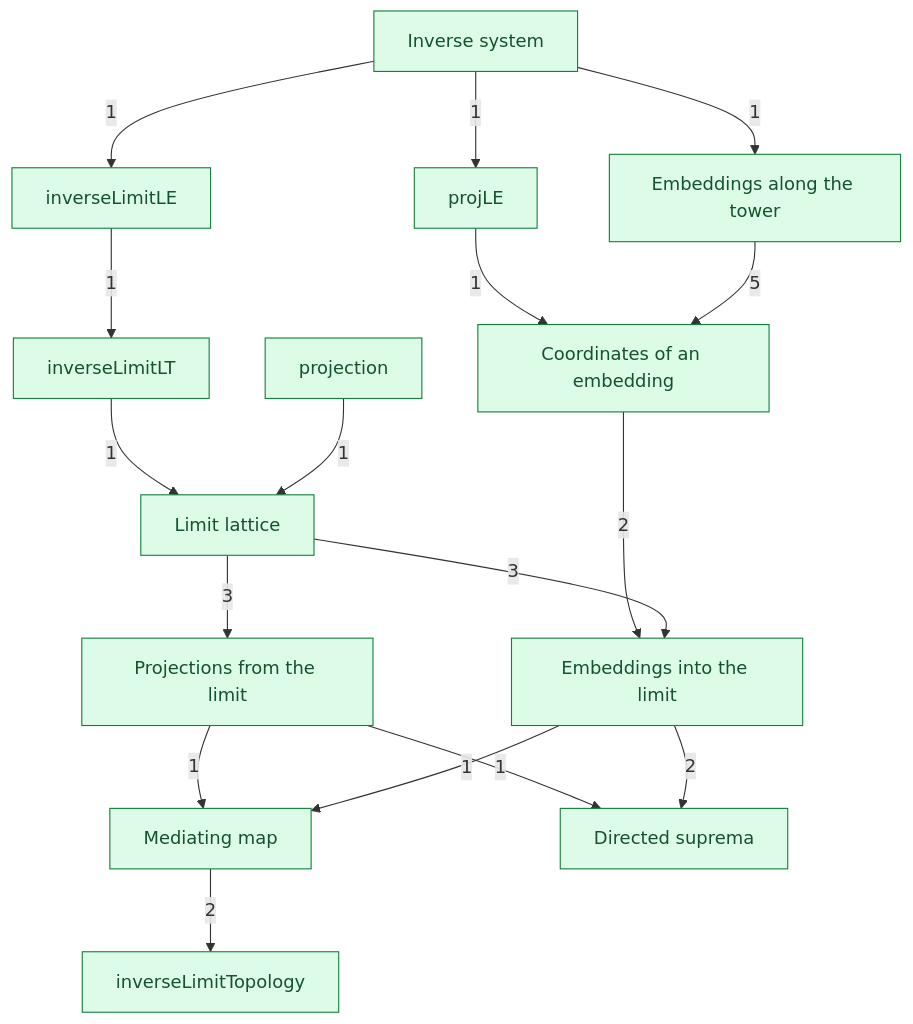
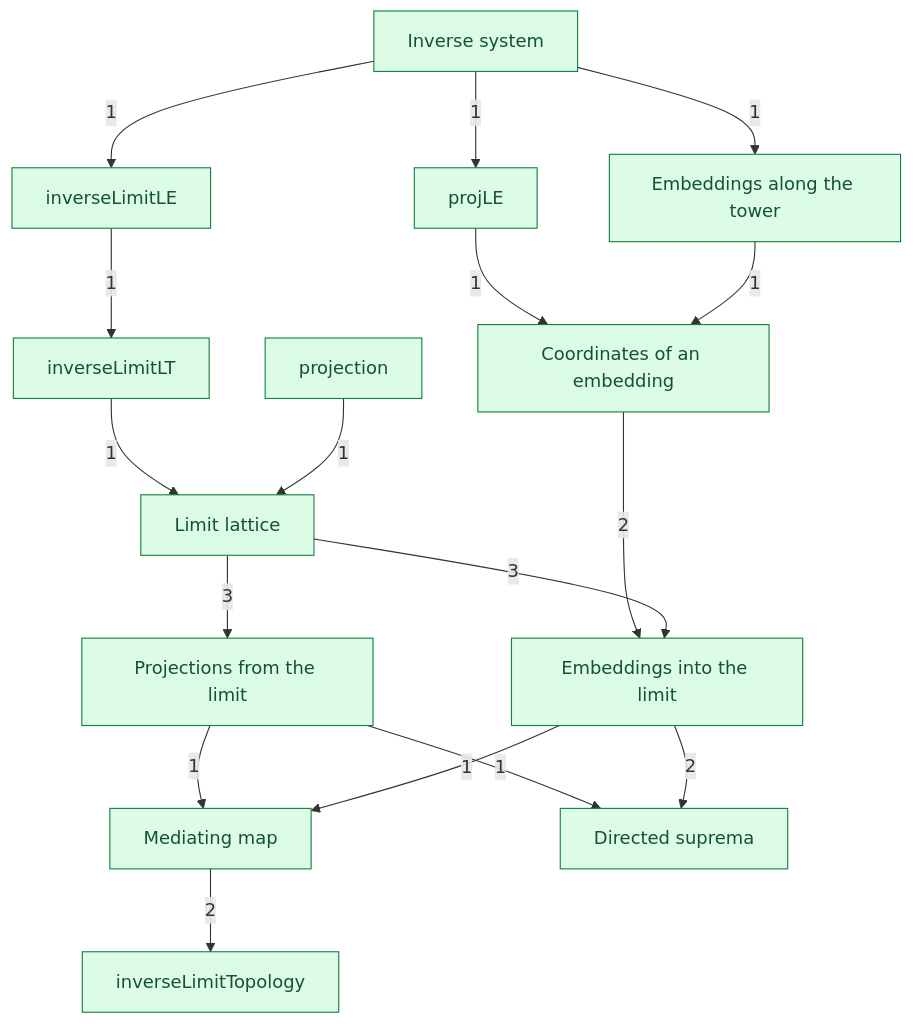
The diagram in DomainTheory/ContinuousLattice/InverseLimits/1972_Inverse_limits.mermaid (catskillsresearch/DomainTheory), drawn with Mermaid before and after one commit. The commit also changed 18 other files, not shown here.

```diff
--- a/DomainTheory/ContinuousLattice/InverseLimits/1972_Inverse_limits.mermaid
+++ b/DomainTheory/ContinuousLattice/InverseLimits/1972_Inverse_limits.mermaid
@@ -1,35 +1,35 @@
 %% Notes of the inverse-limit construction.
 %% Arrowhead on the importer. The number is a direct-import count.
 %% An arrow already implied by a longer path is omitted.
 flowchart TB
   SYS["Inverse system"]
   PLE["projLE"]
   ELE["Embeddings along the tower"]
   LE["inverseLimitLE"]
   ICOMP["Coordinates of an embedding"]
   LT["inverseLimitLT"]
   PROJ["projection"]
   LAT["Limit lattice"]
   PINF["Projections from the limit"]
   EINF["Embeddings into the limit"]
   COC["Mediating map"]
   SUP["Directed suprema"]
   ITOP["inverseLimitTopology"]
   SYS -->|"1"| PLE
   SYS -->|"1"| ELE
   SYS -->|"1"| LE
   PLE -->|"1"| ICOMP
-  ELE -->|"5"| ICOMP
+  ELE -->|"1"| ICOMP
   ICOMP -->|"2"| EINF
   LE -->|"1"| LT
   LT -->|"1"| LAT
   PROJ -->|"1"| LAT
   LAT -->|"3"| PINF
   LAT -->|"3"| EINF
   PINF -->|"1"| COC
   EINF -->|"1"| COC
   PINF -->|"1"| SUP
   EINF -->|"2"| SUP
   COC -->|"2"| ITOP
   classDef concept fill:#dcfce7,stroke:#15803d,color:#14532d
   class SYS,PLE,PROJ,ELE,ICOMP,PINF,EINF,LE,LT,LAT,SUP,COC,ITOP concept
```
